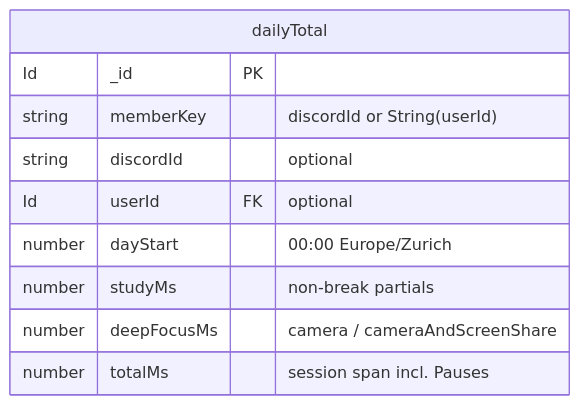
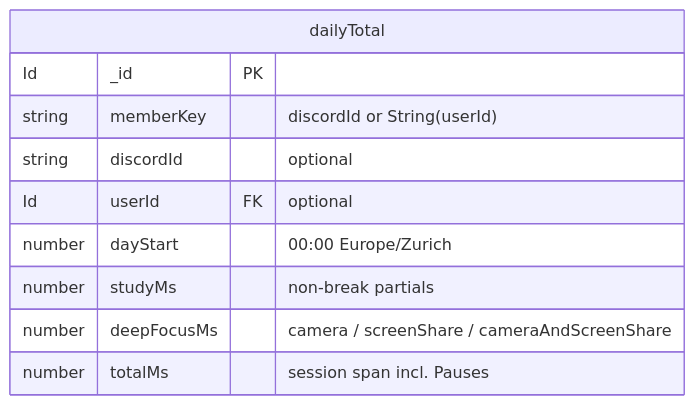
One commit to simonlearnscoding/studytrack changed the second of 2 diagrams in docs/vault/data-model.md. Above: the diagram before and after it, drawn with Mermaid. The commit also changed other lines of this file and 69 other files, not shown here.

````diff
--- a/docs/vault/data-model.md
+++ b/docs/vault/data-model.md
@@ -78,13 +82,13 @@
 ```mermaid
 erDiagram
     dailyTotal {
         Id _id PK
         string memberKey "discordId or String(userId)"
         string discordId "optional"
         Id userId FK "optional"
         number dayStart "00:00 Europe/Zurich"
         number studyMs "non-break partials"
-        number deepFocusMs "camera / cameraAndScreenShare"
+        number deepFocusMs "camera / screenShare / cameraAndScreenShare"
         number totalMs "session span incl. Pauses"
     }
 ```
````
